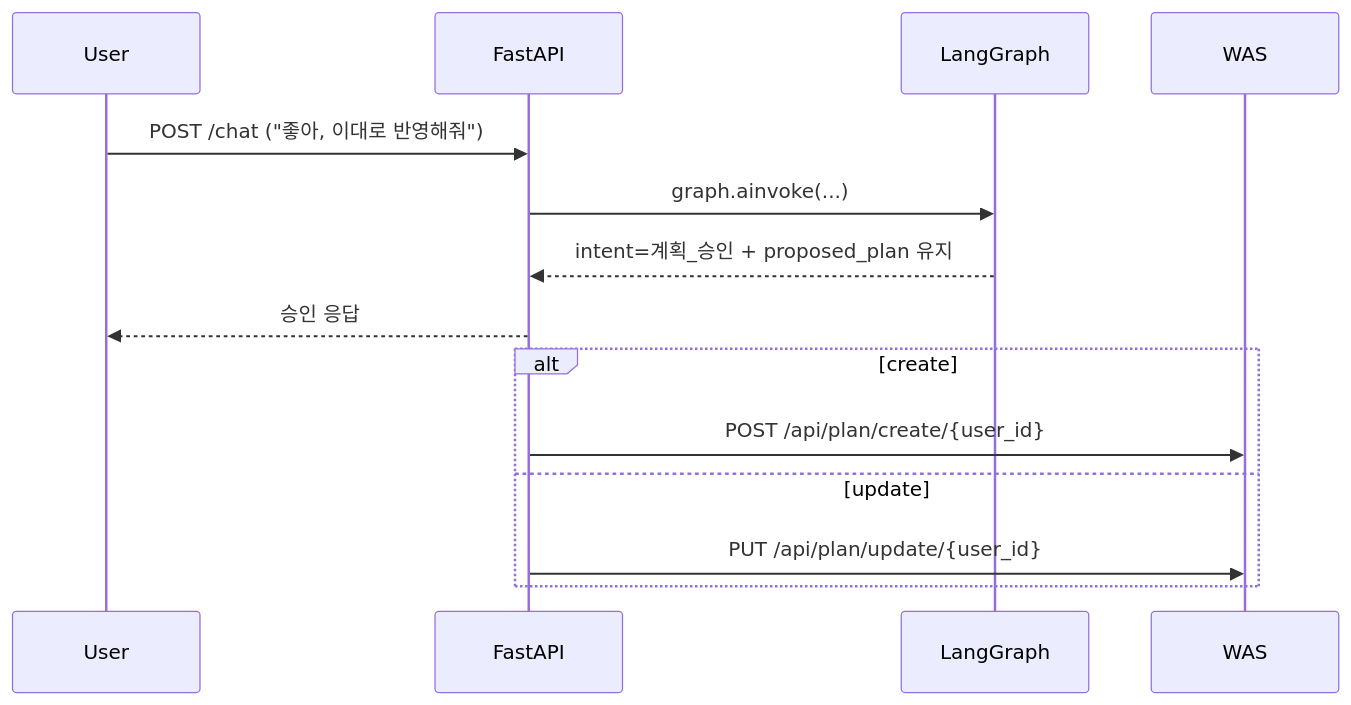
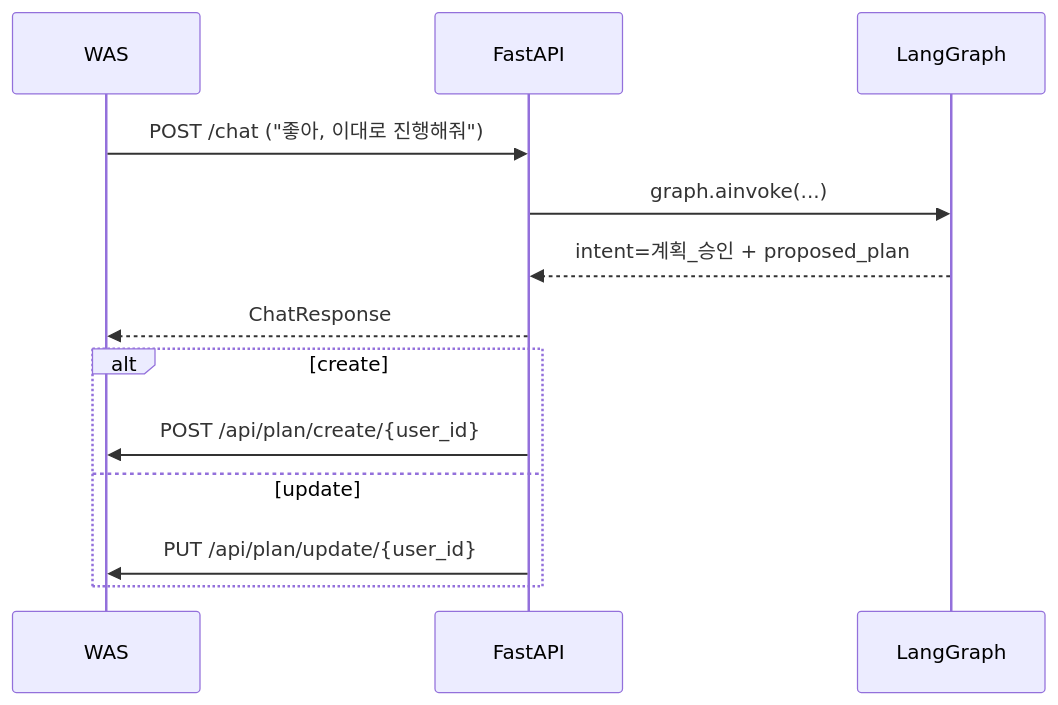
The fifth of 5 diagrams in develop/ai-model/v2/docs/api_specification.md (WinLike-dev/capstone_2team), drawn with Mermaid before and after one commit. The commit also changed other lines of this file and 44 other files, not shown here.

````diff
--- a/develop/ai-model/v2/docs/api_specification.md
+++ b/develop/ai-model/v2/docs/api_specification.md
@@ -94,17 +107,16 @@
 ```mermaid
 sequenceDiagram
-    participant U as User
+    participant W as WAS
     participant F as FastAPI
     participant G as LangGraph
-    participant W as WAS
 
-    U->>F: POST /chat ("좋아, 이대로 반영해줘")
+    W->>F: POST /chat ("좋아, 이대로 진행해줘")
     F->>G: graph.ainvoke(...)
-    G-->>F: intent=계획_승인 + proposed_plan 유지
-    F-->>U: 승인 응답
+    G-->>F: intent=계획_승인 + proposed_plan
+    F-->>W: ChatResponse
     alt create
         F->>W: POST /api/plan/create/{user_id}
     else update
         F->>W: PUT /api/plan/update/{user_id}
     end
 ```
````
